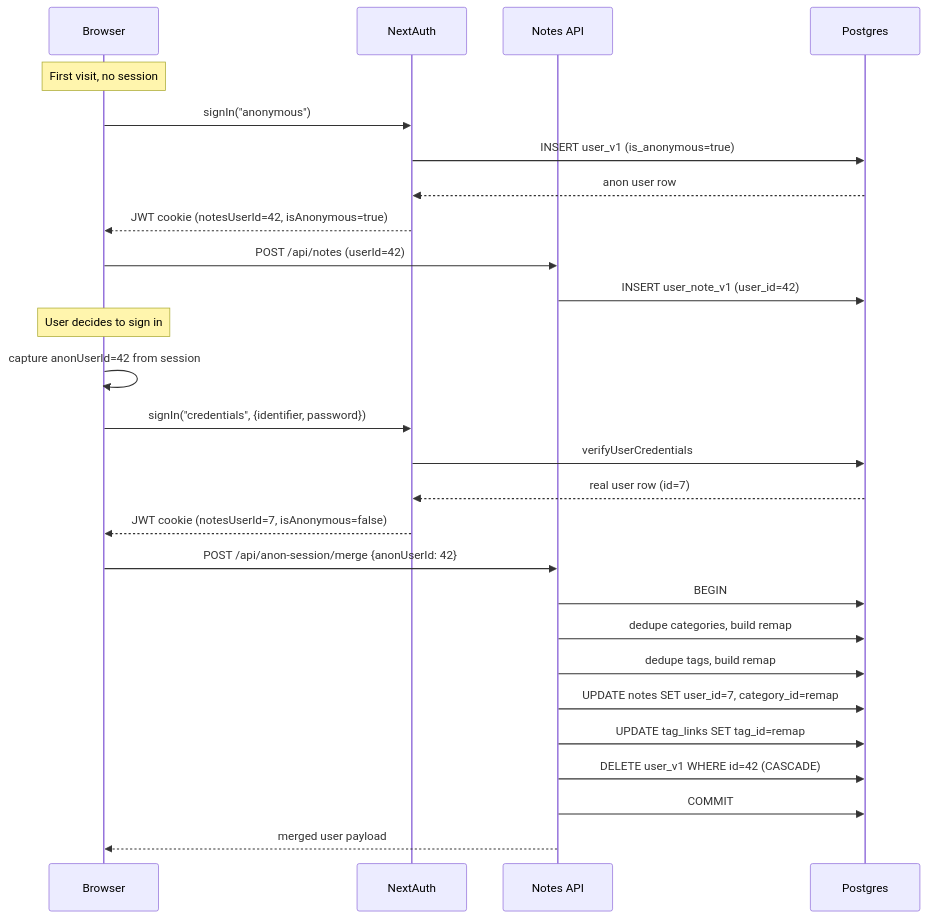
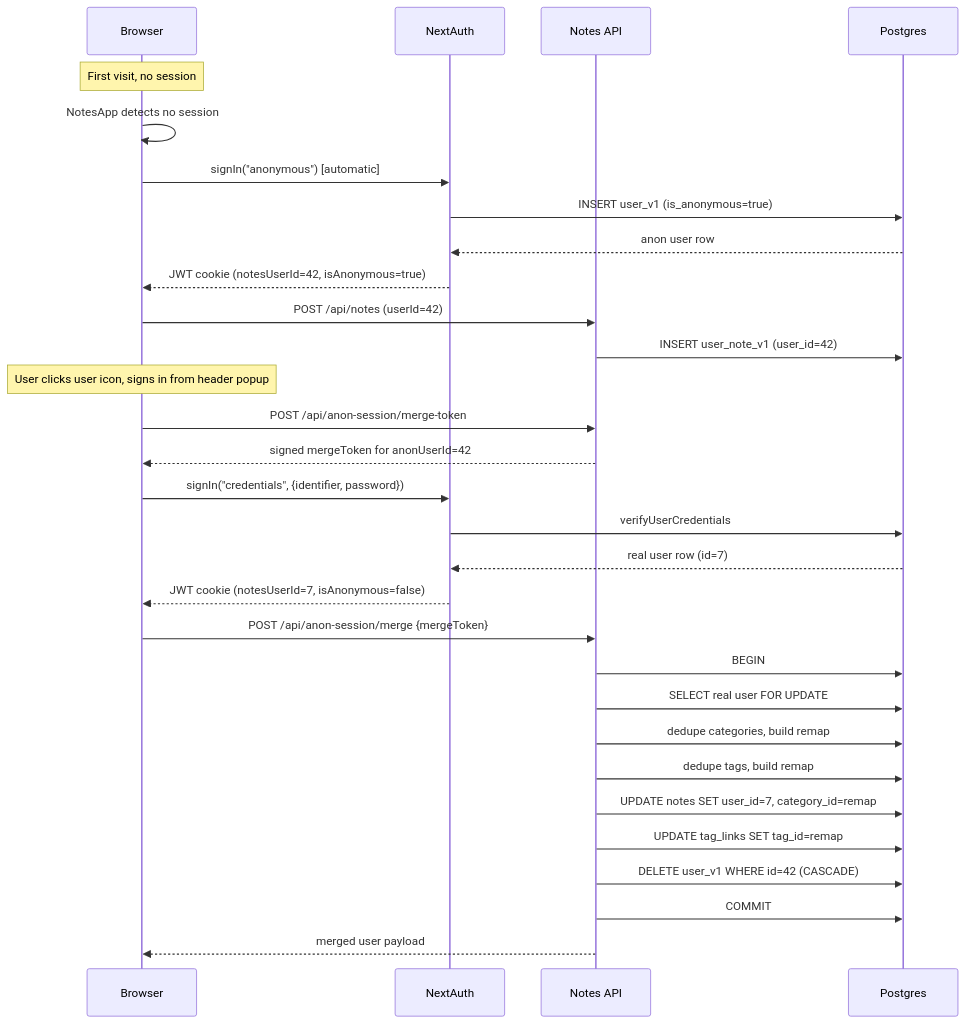
Before and after one commit to paulshorey/notes: the diagram in .cursor/plans/anonymous_sessions_26b7a04c.plan.md, drawn with Mermaid. The commit also changed other lines of this file and 22 other files, not shown here.

Commit message:
anonymous session user

````diff
--- a/.cursor/plans/anonymous_sessions_26b7a04c.plan.md
+++ b/.cursor/plans/anonymous_sessions_26b7a04c.plan.md
@@ -221,33 +265,36 @@
 ```mermaid
 sequenceDiagram
     participant Browser
     participant NextAuth
     participant NotesAPI as Notes API
     participant DB as Postgres
 
     Note over Browser: First visit, no session
-    Browser->>NextAuth: signIn("anonymous")
+    Browser->>Browser: NotesApp detects no session
+    Browser->>NextAuth: signIn("anonymous") [automatic]
     NextAuth->>DB: INSERT user_v1 (is_anonymous=true)
     DB-->>NextAuth: anon user row
     NextAuth-->>Browser: JWT cookie (notesUserId=42, isAnonymous=true)
 
     Browser->>NotesAPI: POST /api/notes (userId=42)
     NotesAPI->>DB: INSERT user_note_v1 (user_id=42)
 
-    Note over Browser: User decides to sign in
-    Browser->>Browser: capture anonUserId=42 from session
+    Note over Browser: User clicks user icon, signs in from header popup
+    Browser->>NotesAPI: POST /api/anon-session/merge-token
+    NotesAPI-->>Browser: signed mergeToken for anonUserId=42
     Browser->>NextAuth: signIn("credentials", {identifier, password})
     NextAuth->>DB: verifyUserCredentials
     DB-->>NextAuth: real user row (id=7)
     NextAuth-->>Browser: JWT cookie (notesUserId=7, isAnonymous=false)
 
-    Browser->>NotesAPI: POST /api/anon-session/merge {anonUserId: 42}
+    Browser->>NotesAPI: POST /api/anon-session/merge {mergeToken}
     NotesAPI->>DB: BEGIN
+    NotesAPI->>DB: SELECT real user FOR UPDATE
     NotesAPI->>DB: dedupe categories, build remap
     NotesAPI->>DB: dedupe tags, build remap
     NotesAPI->>DB: UPDATE notes SET user_id=7, category_id=remap
     NotesAPI->>DB: UPDATE tag_links SET tag_id=remap
     NotesAPI->>DB: DELETE user_v1 WHERE id=42 (CASCADE)
     NotesAPI->>DB: COMMIT
     NotesAPI-->>Browser: merged user payload
 ```
````
